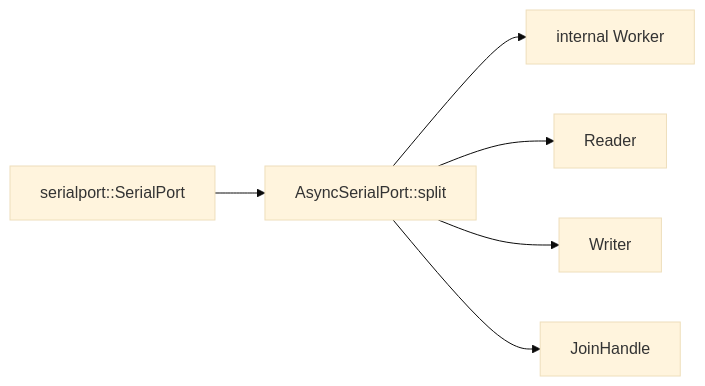
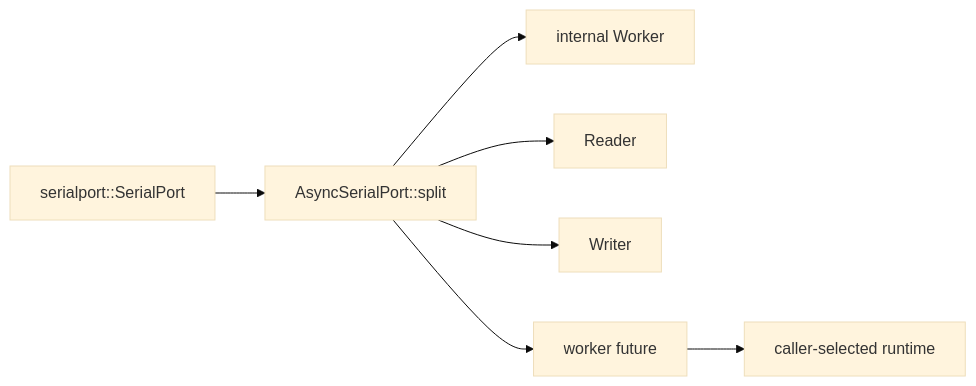
One commit to PaulmannLighting/async-serialport changed the first of 2 diagrams in ARCHITECTURE.md. Above: the diagram before and after it, drawn with Mermaid (base theme). The commit also changed other lines of this file and 6 other files, not shown here.

````diff
--- a/ARCHITECTURE.md
+++ b/ARCHITECTURE.md
@@ -22,8 +23,9 @@
 ```mermaid
 flowchart LR
     Port[serialport::SerialPort] --> Split[AsyncSerialPort::split]
     Split --> Worker[internal Worker]
     Split --> Reader[Reader]
     Split --> Writer[Writer]
-    Split --> Handle[JoinHandle]
+    Split --> Future[worker future]
+    Future --> Runtime[caller-selected runtime]
 ```
````
